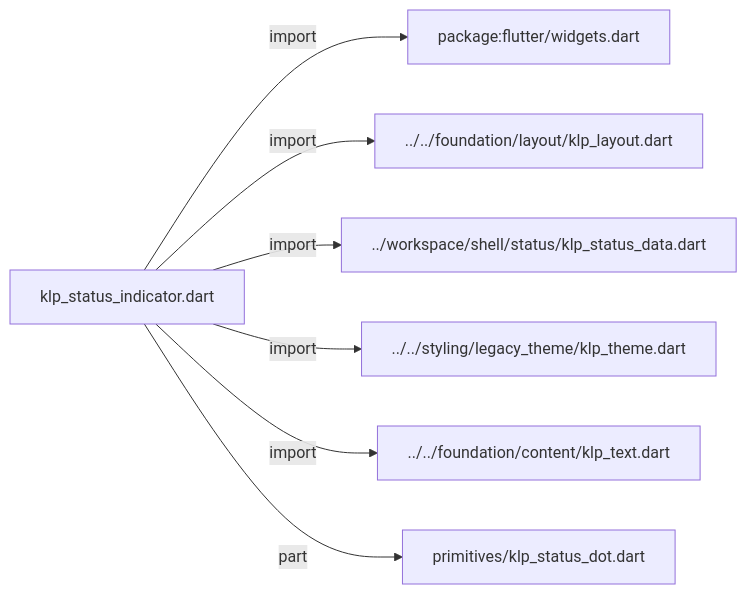
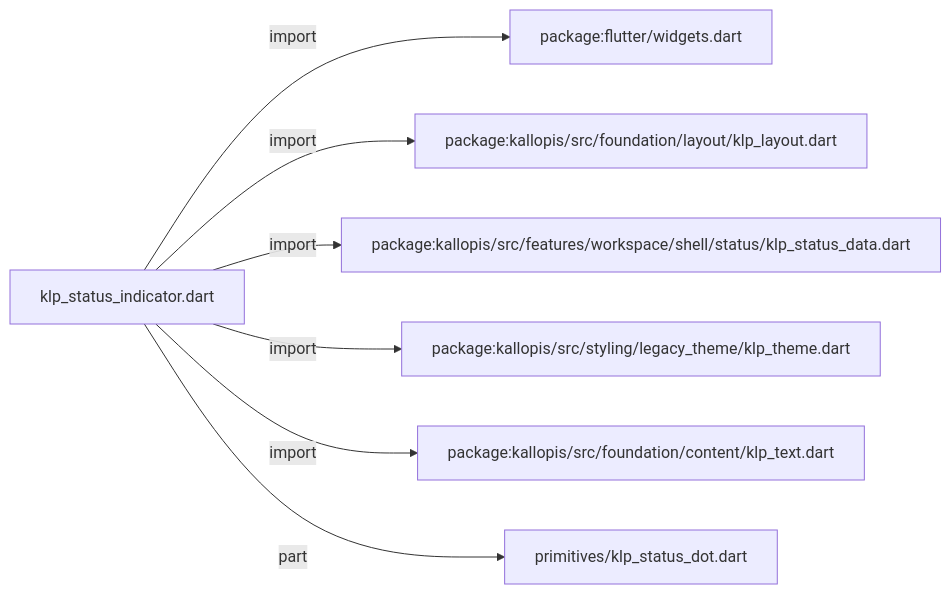
One commit to MiuDog/Kallopis changed the first of 3 diagrams in docs/architecture/src/features/feedback/klp_status_indicator.md. Above: the diagram before and after it, drawn with Mermaid. The commit also changed other lines of this file and 9688 other files, not shown here.

Commit message:
Prepare isolated Flow F2 peer baseline

````diff
--- a/docs/architecture/src/features/feedback/klp_status_indicator.md
+++ b/docs/architecture/src/features/feedback/klp_status_indicator.md
@@ -11,16 +11,16 @@
 ```mermaid
 flowchart LR
 	n0["klp_status_indicator.dart"]
 	n1["package:flutter/widgets.dart"]
-	n2["../../foundation/layout/klp_layout.dart"]
-	n3["../workspace/shell/status/klp_status_data.dart"]
-	n4["../../styling/legacy_theme/klp_theme.dart"]
-	n5["../../foundation/content/klp_text.dart"]
+	n2["package:kallopis/src/foundation/layout/klp_layout.dart"]
+	n3["package:kallopis/src/features/workspace/shell/status/klp_status_data.dart"]
+	n4["package:kallopis/src/styling/legacy_theme/klp_theme.dart"]
+	n5["package:kallopis/src/foundation/content/klp_text.dart"]
 	n6["primitives/klp_status_dot.dart"]
 	n0 -->|"import"| n1
 	n0 -->|"import"| n2
 	n0 -->|"import"| n3
 	n0 -->|"import"| n4
 	n0 -->|"import"| n5
 	n0 -->|"part"| n6
 ```
````
